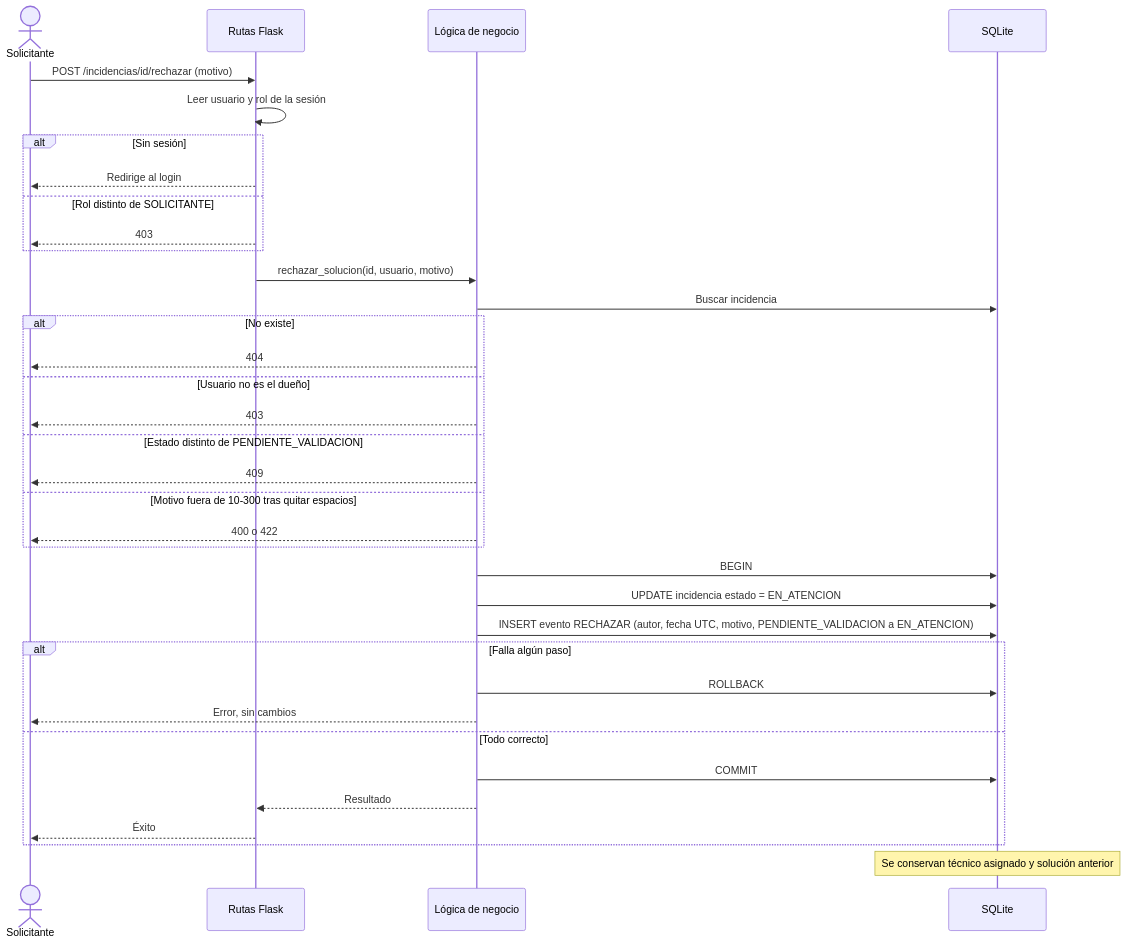
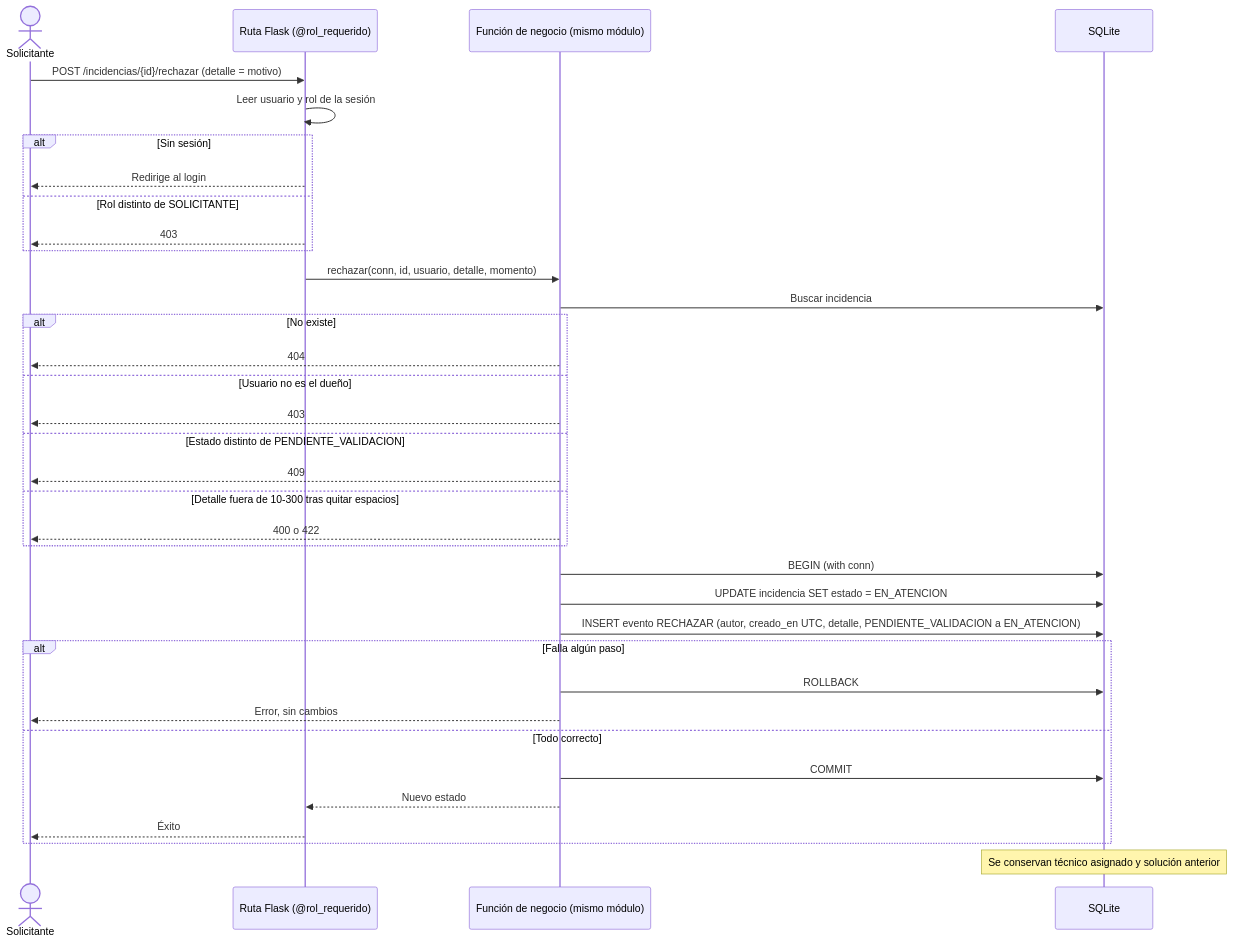
Before and after one commit to JxAndres/reparacampus: the diagram in docs/diseno/3_secuencia_rechazo.mmd, drawn with Mermaid. The commit also changed 14 other files, not shown here.

Commit message:
docs: corrige diagramas y decisión según schema.sql y código; agrega bitácora

```diff
--- a/docs/diseno/3_secuencia_rechazo.mmd
+++ b/docs/diseno/3_secuencia_rechazo.mmd
@@ -1,36 +1,36 @@
 sequenceDiagram
     actor S as Solicitante
-    participant R as Rutas Flask
-    participant L as Lógica de negocio
+    participant R as Ruta Flask (@rol_requerido)
+    participant L as Función de negocio (mismo módulo)
     participant D as SQLite
 
-    S->>R: POST /incidencias/id/rechazar (motivo)
+    S->>R: POST /incidencias/{id}/rechazar (detalle = motivo)
     R->>R: Leer usuario y rol de la sesión
     alt Sin sesión
         R-->>S: Redirige al login
     else Rol distinto de SOLICITANTE
         R-->>S: 403
     end
-    R->>L: rechazar_solucion(id, usuario, motivo)
+    R->>L: rechazar(conn, id, usuario, detalle, momento)
     L->>D: Buscar incidencia
     alt No existe
         L-->>S: 404
     else Usuario no es el dueño
         L-->>S: 403
     else Estado distinto de PENDIENTE_VALIDACION
         L-->>S: 409
-    else Motivo fuera de 10-300 tras quitar espacios
+    else Detalle fuera de 10-300 tras quitar espacios
         L-->>S: 400 o 422
     end
-    L->>D: BEGIN
-    L->>D: UPDATE incidencia estado = EN_ATENCION
-    L->>D: INSERT evento RECHAZAR (autor, fecha UTC, motivo, PENDIENTE_VALIDACION a EN_ATENCION)
+    L->>D: BEGIN (with conn)
+    L->>D: UPDATE incidencia SET estado = EN_ATENCION
+    L->>D: INSERT evento RECHAZAR (autor, creado_en UTC, detalle, PENDIENTE_VALIDACION a EN_ATENCION)
     alt Falla algún paso
         L->>D: ROLLBACK
         L-->>S: Error, sin cambios
     else Todo correcto
         L->>D: COMMIT
-        L-->>R: Resultado
+        L-->>R: Nuevo estado
         R-->>S: Éxito
     end
     Note over D: Se conservan técnico asignado y solución anterior
```
